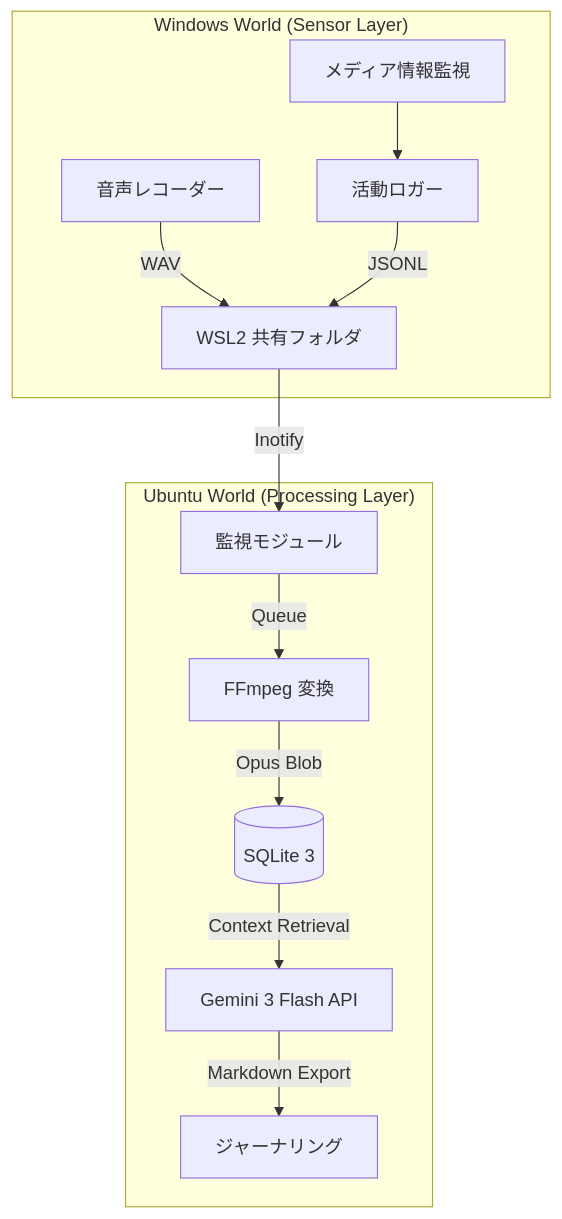
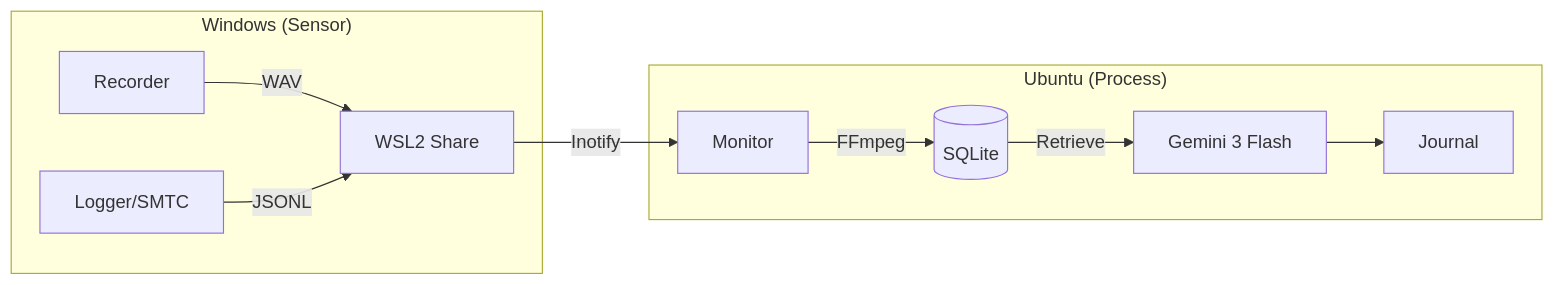
Before and after one commit to KAFKA2306/vlogrs: the diagram in .agent/workflows/vlog.md, drawn with Mermaid. The commit also changed other lines of this file and 2 other files, not shown here.

````diff
--- a/.agent/workflows/vlog.md
+++ b/.agent/workflows/vlog.md
@@ -48,16 +42,11 @@
 ```mermaid
-graph TD
-    subgraph "Windows World (Sensor Layer)"
-        WA[音声レコーダー] -->|WAV| SMB[WSL2 共有フォルダ]
-        AL[活動ロガー] -->|JSONL| SMB
-        SMTC[メディア情報監視] --> AL
+graph LR
+    subgraph "Windows (Sensor)"
+        WA[Recorder] -->|WAV| SMB[WSL2 Share]
+        AL[Logger/SMTC] -->|JSONL| SMB
     end
-    
-    subgraph "Ubuntu World (Processing Layer)"
-        SMB -->|Inotify| WM[監視モジュール]
-        WM -->|Queue| TR[FFmpeg 変換]
-        TR -->|Opus Blob| DB[(SQLite 3)]
-        DB -->|Context Retrieval| GE[Gemini 3 Flash API]
-        GE -->|Markdown Export| JN[ジャーナリング]
+    subgraph "Ubuntu (Process)"
+        SMB -->|Inotify| WM[Monitor] -->|FFmpeg| DB[(SQLite)]
+        DB -->|Retrieve| GE[Gemini 3 Flash] --> JN[Journal]
     end
 ```
````
